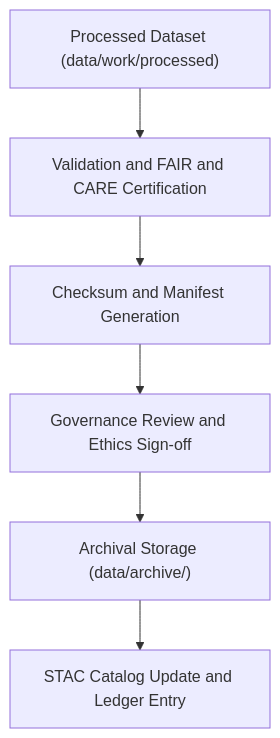
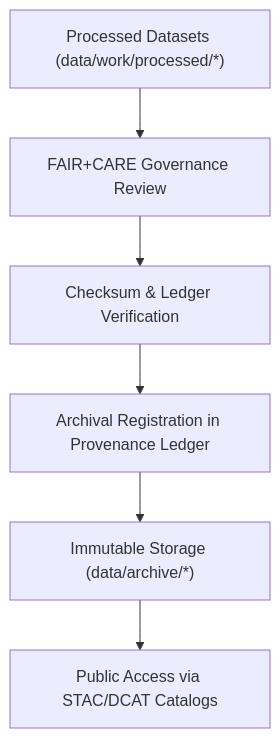
One commit to bartytime4life/Kansas-Frontier-Matrix changed the diagram in data/archive/README.md. Above: the diagram before and after it, drawn with Mermaid. The commit also changed other lines of this file, not shown here.

````diff
--- a/data/archive/README.md
+++ b/data/archive/README.md
@@ -73,8 +49,8 @@
 ```mermaid
 flowchart TD
-    A["Processed Dataset (data/work/processed)"] --> B["Validation and FAIR and CARE Certification"]
-    B --> C["Checksum and Manifest Generation"]
-    C --> D["Governance Review and Ethics Sign-off"]
-    D --> E["Archival Storage (data/archive/)"]
-    E --> F["STAC Catalog Update and Ledger Entry"]
+    A["Processed Datasets (data/work/processed/*)"] --> B["FAIR+CARE Governance Review"]
+    B --> C["Checksum & Ledger Verification"]
+    C --> D["Archival Registration in Provenance Ledger"]
+    D --> E["Immutable Storage (data/archive/*)"]
+    E --> F["Public Access via STAC/DCAT Catalogs"]
 ```
````
